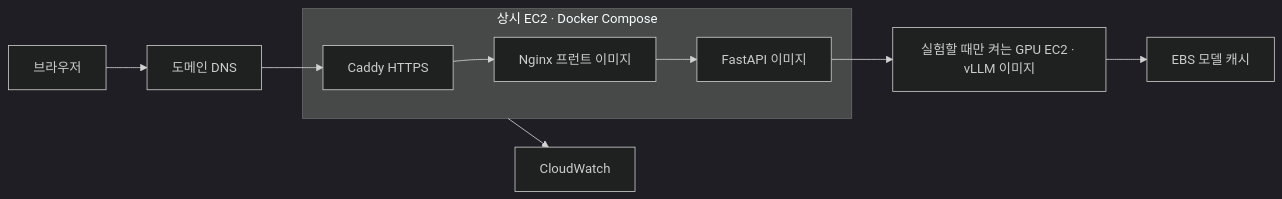
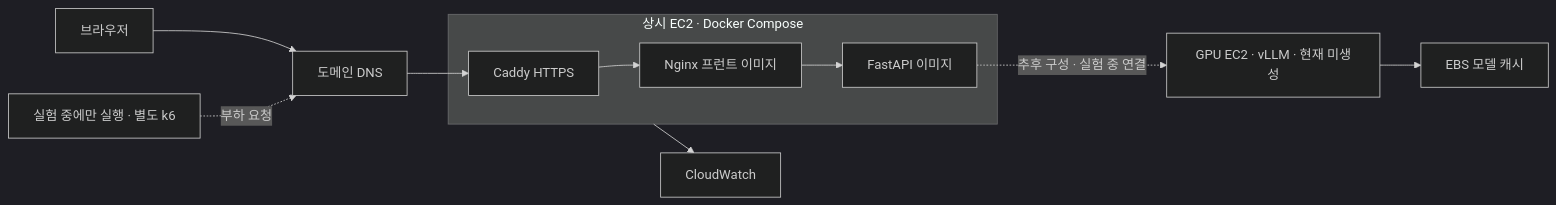
The diagram in ai-study-site/deploy/README.md (CLM-BONNY/orot-ai), drawn with Mermaid (dark theme) before and after one commit. The commit also changed other lines of this file and 6 other files, not shown here.

````diff
--- a/ai-study-site/deploy/README.md
+++ b/ai-study-site/deploy/README.md
@@ -11,12 +22,13 @@
 ```mermaid
 flowchart LR
     U[브라우저] --> D[도메인 DNS]
     D --> C[Caddy HTTPS]
     subgraph CPU[상시 EC2 · Docker Compose]
       C --> W[Nginx 프런트 이미지]
       W --> A[FastAPI 이미지]
     end
-    A --> G[실험할 때만 켜는 GPU EC2 · vLLM 이미지]
+    K[실험 중에만 실행 · 별도 k6] -. 부하 요청 .-> D
+    A -. 추후 구성 · 실험 중 연결 .-> G[GPU EC2 · vLLM · 현재 미생성]
     G --> E[EBS 모델 캐시]
     CPU --> L[CloudWatch]
 ```
````
